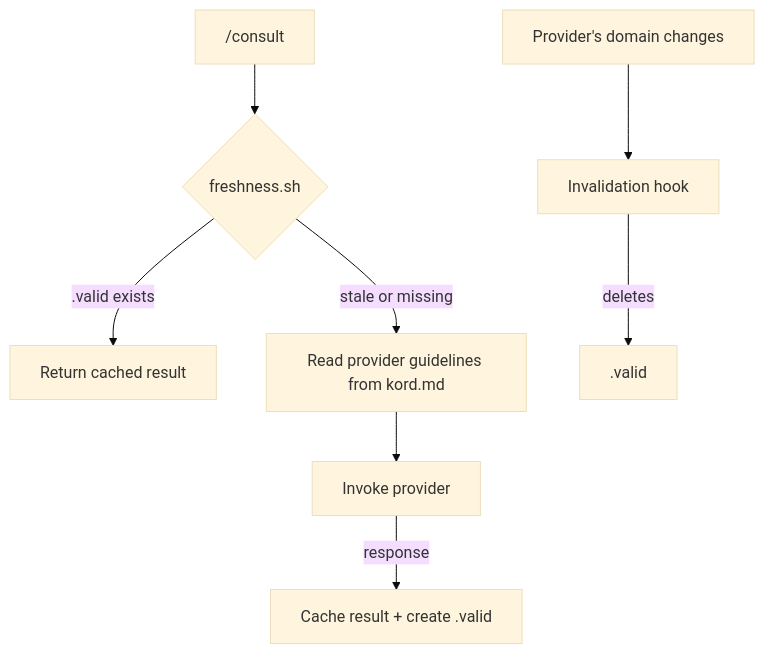
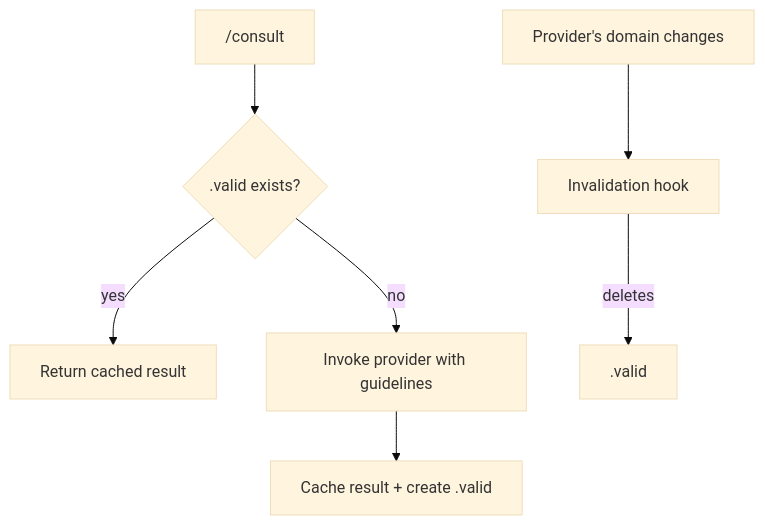
The diagram in docs/framework/kords.md (Kord96/kordinate), drawn with Mermaid (base theme) before and after one commit. The commit also changed other lines of this file, not shown here.

First line of the commit message:
Docs: rewrite kords page — cache protocol value proposition [scribe]

````diff
--- a/docs/framework/kords.md
+++ b/docs/framework/kords.md
@@ -104,11 +64,10 @@
 ```mermaid
 flowchart TB
-    C["/consult"] --> G{"freshness.sh"}
-    G -->|.valid exists| M[Return cached result]
-    G -->|stale or missing| K[Read provider guidelines from kord.md]
-    K --> A[Invoke provider]
-    A -->|response| W[Cache result + create .valid]
+    C["/consult"] --> G{".valid exists?"}
+    G -->|yes| M[Return cached result]
+    G -->|no| K[Invoke provider with guidelines]
+    K --> W[Cache result + create .valid]
 
     E[Provider's domain changes] --> P["Invalidation hook"]
     P -->|deletes| V[.valid]
 ```
````
